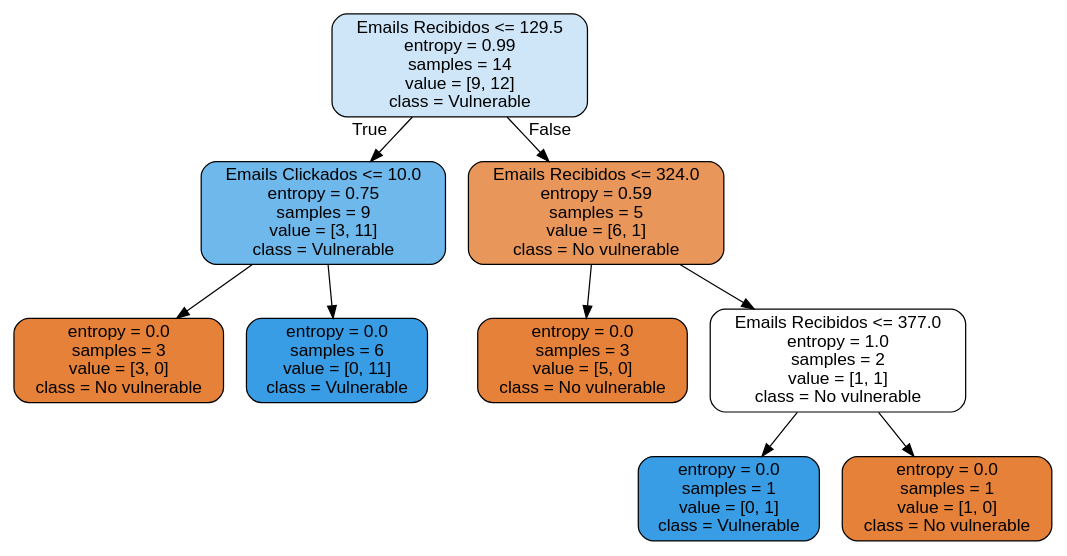
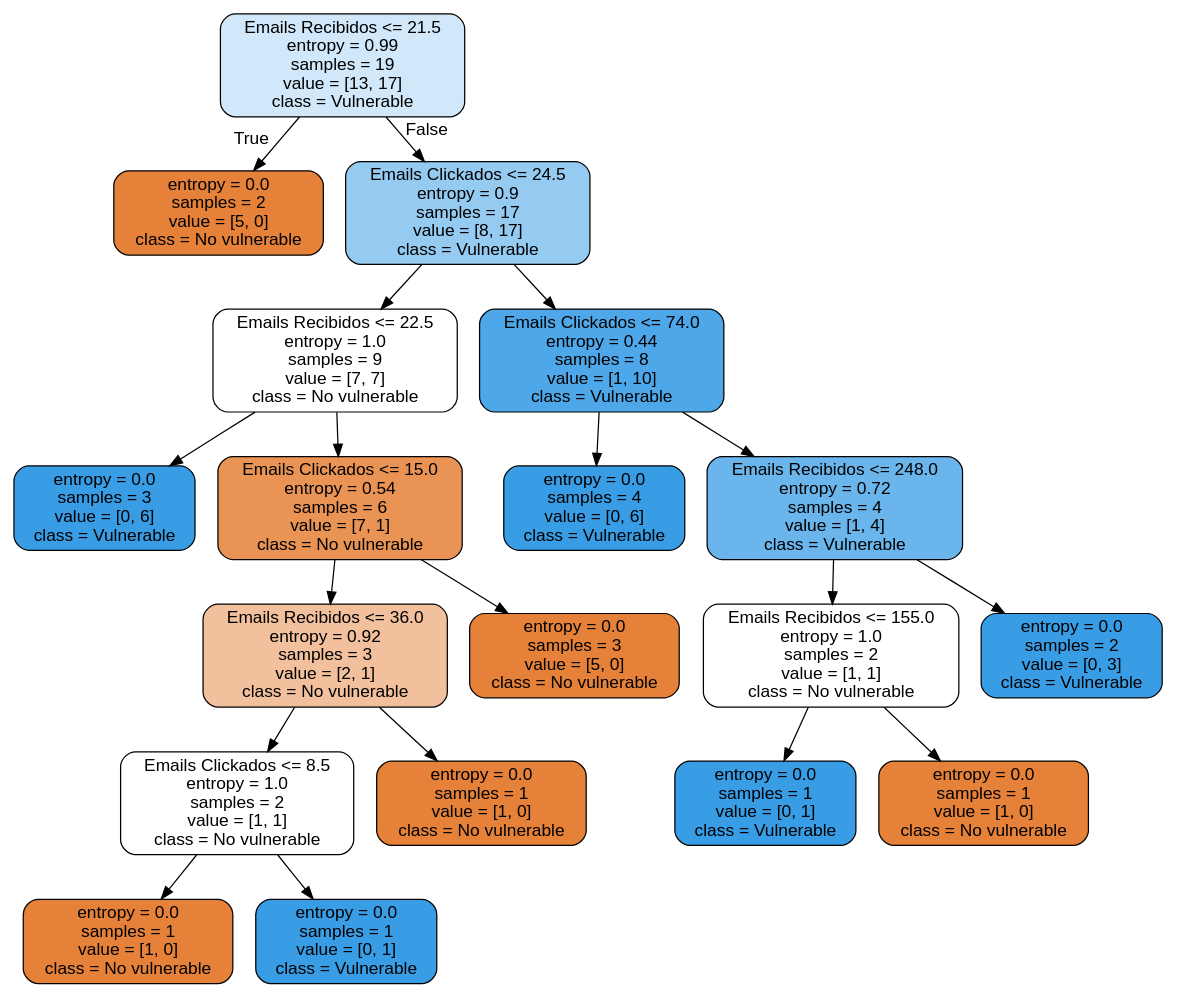
One commit to esquilichi/Flaskitos changed the diagram in machinelearning/gráficos/random_forest.dot. Above: the diagram before and after it, drawn with Graphviz. The commit also changed 101 other files, not shown here.

```diff
--- a/machinelearning/gráficos/random_forest.dot
+++ b/machinelearning/gráficos/random_forest.dot
@@ -1,21 +1,41 @@
 digraph Tree {
 node [shape=box, style="filled, rounded", color="black", fontname="helvetica"] ;
 edge [fontname="helvetica"] ;
-0 [label="Emails Recibidos <= 129.5\nentropy = 0.99\nsamples = 14\nvalue = [9, 12]\nclass = Vulnerable", fillcolor="#cee6f8"] ;
-1 [label="Emails Clickados <= 10.0\nentropy = 0.75\nsamples = 9\nvalue = [3, 11]\nclass = Vulnerable", fillcolor="#6fb8ec"] ;
+0 [label="Emails Recibidos <= 21.5\nentropy = 0.99\nsamples = 19\nvalue = [13, 17]\nclass = Vulnerable", fillcolor="#d0e8f9"] ;
+1 [label="entropy = 0.0\nsamples = 2\nvalue = [5, 0]\nclass = No vulnerable", fillcolor="#e58139"] ;
 0 -> 1 [labeldistance=2.5, labelangle=45, headlabel="True"] ;
-2 [label="entropy = 0.0\nsamples = 3\nvalue = [3, 0]\nclass = No vulnerable", fillcolor="#e58139"] ;
-1 -> 2 ;
-3 [label="entropy = 0.0\nsamples = 6\nvalue = [0, 11]\nclass = Vulnerable", fillcolor="#399de5"] ;
-1 -> 3 ;
-4 [label="Emails Recibidos <= 324.0\nentropy = 0.59\nsamples = 5\nvalue = [6, 1]\nclass = No vulnerable", fillcolor="#e9965a"] ;
-0 -> 4 [labeldistance=2.5, labelangle=-45, headlabel="False"] ;
-5 [label="entropy = 0.0\nsamples = 3\nvalue = [5, 0]\nclass = No vulnerable", fillcolor="#e58139"] ;
-4 -> 5 ;
-6 [label="Emails Recibidos <= 377.0\nentropy = 1.0\nsamples = 2\nvalue = [1, 1]\nclass = No vulnerable", fillcolor="#ffffff"] ;
-4 -> 6 ;
-7 [label="entropy = 0.0\nsamples = 1\nvalue = [0, 1]\nclass = Vulnerable", fillcolor="#399de5"] ;
+2 [label="Emails Clickados <= 24.5\nentropy = 0.9\nsamples = 17\nvalue = [8, 17]\nclass = Vulnerable", fillcolor="#96cbf1"] ;
+0 -> 2 [labeldistance=2.5, labelangle=-45, headlabel="False"] ;
+3 [label="Emails Recibidos <= 22.5\nentropy = 1.0\nsamples = 9\nvalue = [7, 7]\nclass = No vulnerable", fillcolor="#ffffff"] ;
+2 -> 3 ;
+4 [label="entropy = 0.0\nsamples = 3\nvalue = [0, 6]\nclass = Vulnerable", fillcolor="#399de5"] ;
+3 -> 4 ;
+5 [label="Emails Clickados <= 15.0\nentropy = 0.54\nsamples = 6\nvalue = [7, 1]\nclass = No vulnerable", fillcolor="#e99355"] ;
+3 -> 5 ;
+6 [label="Emails Recibidos <= 36.0\nentropy = 0.92\nsamples = 3\nvalue = [2, 1]\nclass = No vulnerable", fillcolor="#f2c09c"] ;
+5 -> 6 ;
+7 [label="Emails Clickados <= 8.5\nentropy = 1.0\nsamples = 2\nvalue = [1, 1]\nclass = No vulnerable", fillcolor="#ffffff"] ;
 6 -> 7 ;
 8 [label="entropy = 0.0\nsamples = 1\nvalue = [1, 0]\nclass = No vulnerable", fillcolor="#e58139"] ;
-6 -> 8 ;
+7 -> 8 ;
+9 [label="entropy = 0.0\nsamples = 1\nvalue = [0, 1]\nclass = Vulnerable", fillcolor="#399de5"] ;
+7 -> 9 ;
+10 [label="entropy = 0.0\nsamples = 1\nvalue = [1, 0]\nclass = No vulnerable", fillcolor="#e58139"] ;
+6 -> 10 ;
+11 [label="entropy = 0.0\nsamples = 3\nvalue = [5, 0]\nclass = No vulnerable", fillcolor="#e58139"] ;
+5 -> 11 ;
+12 [label="Emails Clickados <= 74.0\nentropy = 0.44\nsamples = 8\nvalue = [1, 10]\nclass = Vulnerable", fillcolor="#4da7e8"] ;
+2 -> 12 ;
+13 [label="entropy = 0.0\nsamples = 4\nvalue = [0, 6]\nclass = Vulnerable", fillcolor="#399de5"] ;
+12 -> 13 ;
+14 [label="Emails Recibidos <= 248.0\nentropy = 0.72\nsamples = 4\nvalue = [1, 4]\nclass = Vulnerable", fillcolor="#6ab6ec"] ;
+12 -> 14 ;
+15 [label="Emails Recibidos <= 155.0\nentropy = 1.0\nsamples = 2\nvalue = [1, 1]\nclass = No vulnerable", fillcolor="#ffffff"] ;
+14 -> 15 ;
+16 [label="entropy = 0.0\nsamples = 1\nvalue = [0, 1]\nclass = Vulnerable", fillcolor="#399de5"] ;
+15 -> 16 ;
+17 [label="entropy = 0.0\nsamples = 1\nvalue = [1, 0]\nclass = No vulnerable", fillcolor="#e58139"] ;
+15 -> 17 ;
+18 [label="entropy = 0.0\nsamples = 2\nvalue = [0, 3]\nclass = Vulnerable", fillcolor="#399de5"] ;
+14 -> 18 ;
 }
```
